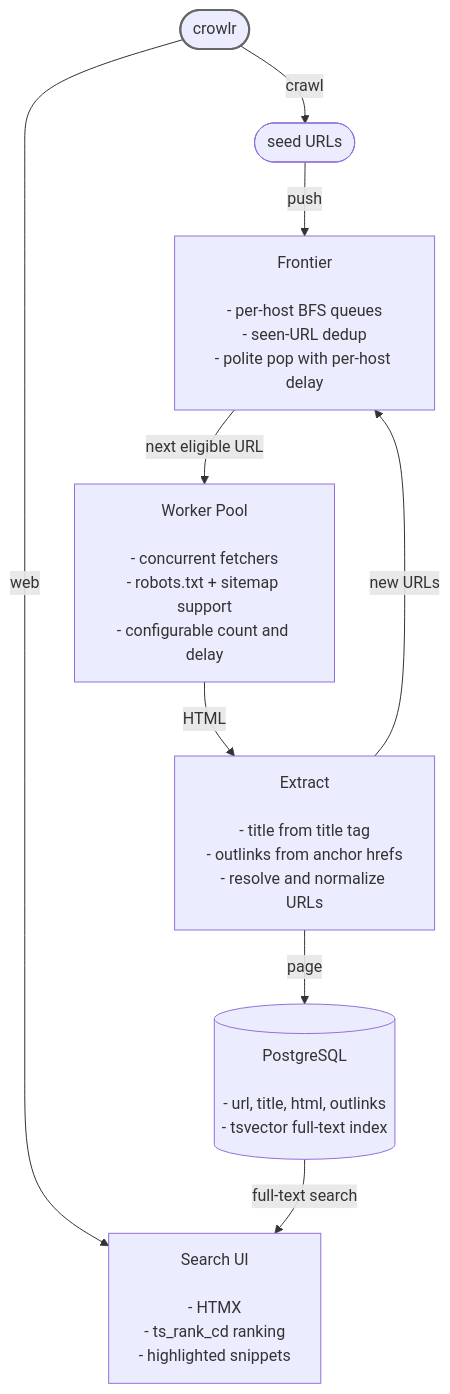
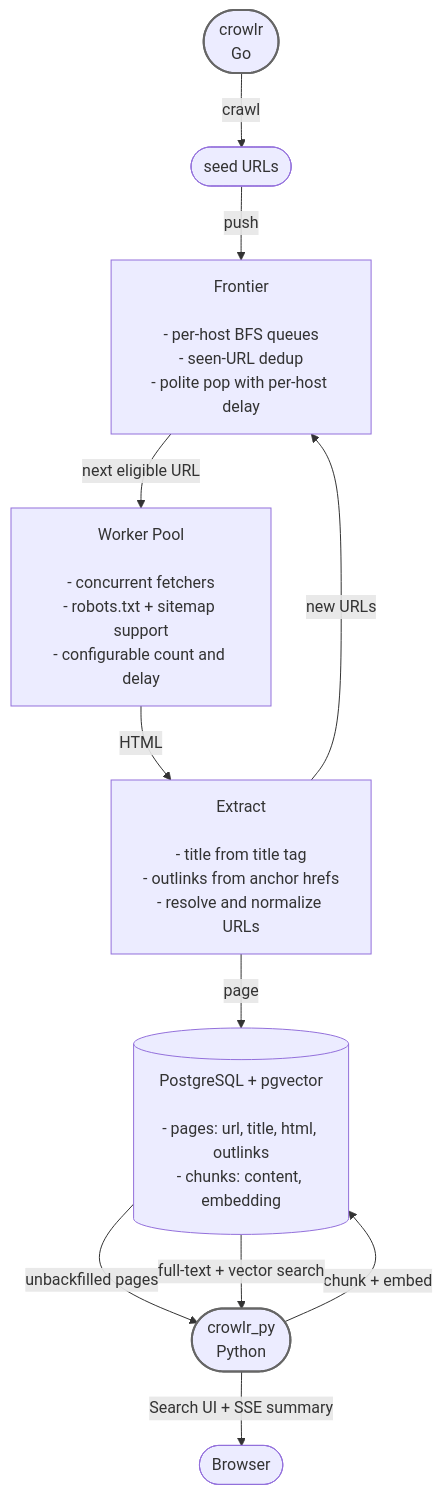
The diagram in README.md (devraulu/crowlr), drawn with Mermaid before and after one commit. The commit also changed other lines of this file and 40 other files, not shown here.

Commit message:
Migrate web and llm usage to python (fastapi, jina2, psycopg, langchain)

````diff
--- a/README.md
+++ b/README.md
@@ -23,30 +23,32 @@
 ```mermaid
 flowchart TB
-    Binary([crowlr]):::binary
+    Binary([crowlr<br/>Go]):::binary
 
     Binary -->|crawl| Seeds
-    Binary -->|web| Search
 
     Seeds([seed URLs]) -->|push| Frontier
 
     Frontier[Frontier<br/><br/>- per-host BFS queues<br/>- seen-URL dedup<br/>- polite pop with per-host delay]
 
     Frontier -->|next eligible URL| Workers
 
     Workers[Worker Pool<br/><br/>- concurrent fetchers<br/>- robots.txt + sitemap support<br/>- configurable count and delay]
 
     Workers -->|HTML| Extract
 
     Extract[Extract<br/><br/>- title from title tag<br/>- outlinks from anchor hrefs<br/>- resolve and normalize URLs]
 
     Extract -->|new URLs| Frontier
     Extract -->|page| DB
 
-    DB[(PostgreSQL<br/><br/>- url, title, html, outlinks<br/>- tsvector full-text index)]
+    DB[(PostgreSQL + pgvector<br/><br/>- pages: url, title, html, outlinks<br/>- chunks: content, embedding)]
 
-    DB -->|full-text search| Search
+    Py([crowlr_py<br/>Python]):::binary
 
-    Search[Search UI<br/><br/>- HTMX<br/>- ts_rank_cd ranking<br/>- highlighted snippets]
+    DB -->|unbackfilled pages| Py
+    Py -->|chunk + embed| DB
+    DB -->|full-text + vector search| Py
+    Py -->|Search UI + SSE summary| Browser([Browser])
 
     classDef binary stroke:#666,stroke-width:2px
 ```
````
